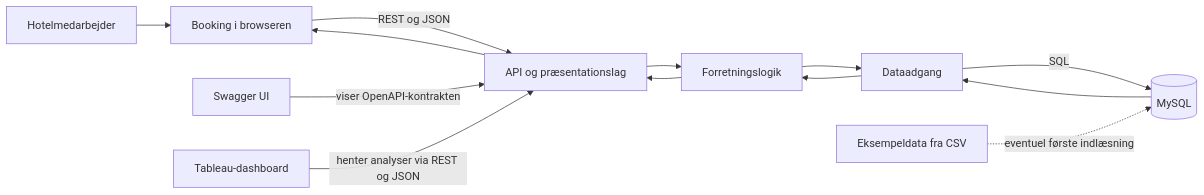
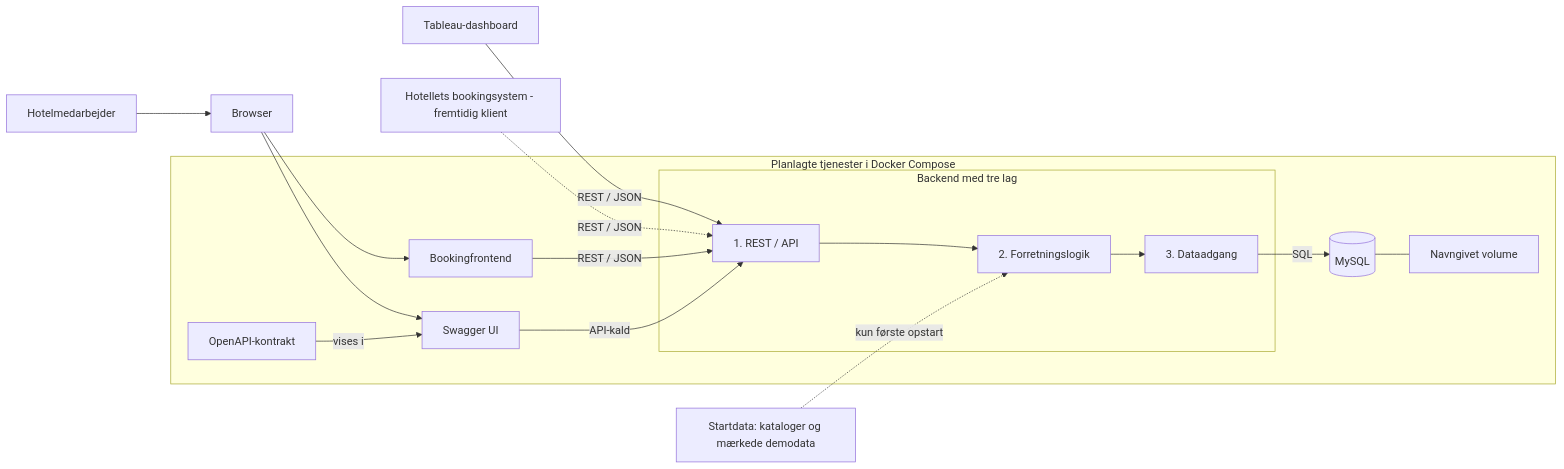
Before and after one commit to gume0002/TvaerfagligtNo1: the diagram in README.md, drawn with Mermaid. The commit also changed other lines of this file and 5 other files, not shown here.

````diff
--- a/README.md
+++ b/README.md
@@ -15,15 +28,20 @@
 ```mermaid
 flowchart LR
-  Medarbejder[Hotelmedarbejder] --> Browser[Booking i browseren]
-  Browser -->|REST og JSON| API[API og præsentationslag]
-  API --> Logik[Forretningslogik]
-  Logik --> Data[Dataadgang]
-  Data -->|SQL| DB[(MySQL)]
-  DB --> Data
-  Data --> Logik
-  Logik --> API
-  API --> Browser
-  Swagger[Swagger UI] -->|viser OpenAPI-kontrakten| API
-  Tableau[Tableau-dashboard] -->|henter analyser via REST og JSON| API
-  CSV[Eksempeldata fra CSV] -.->|eventuel første indlæsning| DB
+  Medarbejder[Hotelmedarbejder] --> Browser[Browser]
+  Browser --> Frontend[Bookingfrontend]
+  Browser --> Swagger[Swagger UI]
+  Tableau[Tableau-dashboard] -->|REST / JSON| API
+  Hotel[Hotellets bookingsystem - fremtidig klient] -.->|REST / JSON| API
+  subgraph Docker[Planlagte tjenester i Docker Compose]
+    Frontend -->|REST / JSON| API
+    Swagger -->|API-kald| API
+    Kontrakt[OpenAPI-kontrakt] -->|vises i| Swagger
+    subgraph Backend[Backend med tre lag]
+      API[1. REST / API] --> Logik[2. Forretningslogik]
+      Logik --> Data[3. Dataadgang]
+    end
+    Data -->|SQL| DB[(MySQL)]
+    DB --- Volume[Navngivet volume]
+  end
+  Startdata[Startdata: kataloger og mærkede demodata] -.->|kun første opstart| Logik
 ```
````
